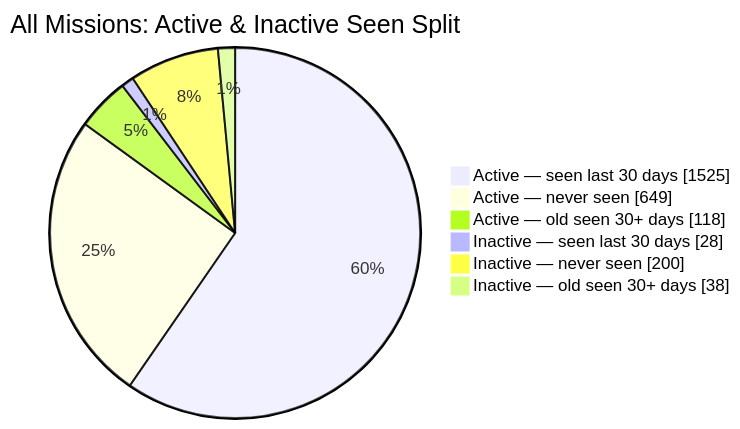
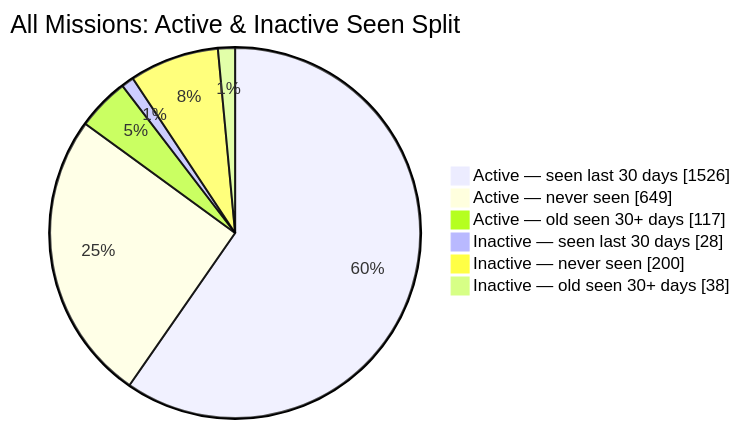
The second of 2 diagrams in README.md (MeldkamerspelGameTeam/active-missions), drawn with Mermaid before and after one commit. The commit also changed other lines of this file and 2 other files, not shown here.

````diff
--- a/README.md
+++ b/README.md
@@ -44,10 +44,10 @@
 ```mermaid
 pie showData
     title All Missions: Active & Inactive Seen Split
-    "Active — seen last 30 days" : 1525
+    "Active — seen last 30 days" : 1526
     "Active — never seen" : 649
-    "Active — old seen 30+ days" : 118
+    "Active — old seen 30+ days" : 117
     "Inactive — seen last 30 days" : 28
     "Inactive — never seen" : 200
     "Inactive — old seen 30+ days" : 38
 ```
````
